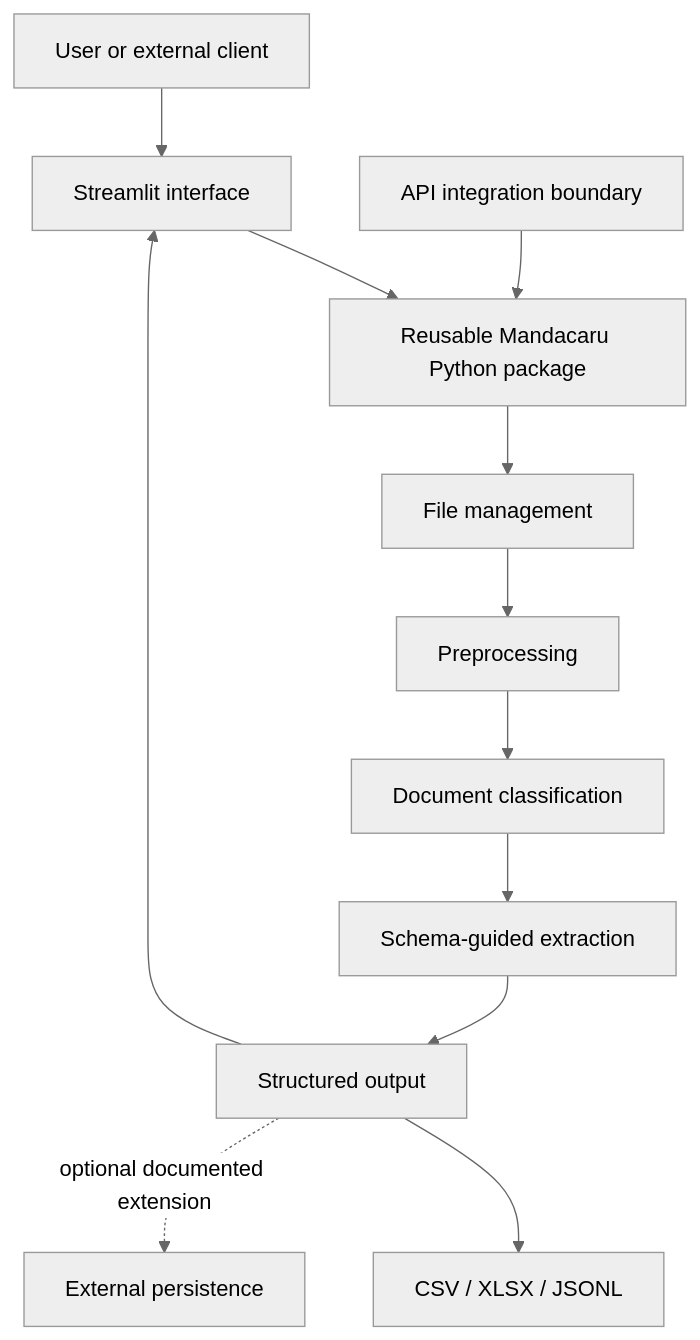
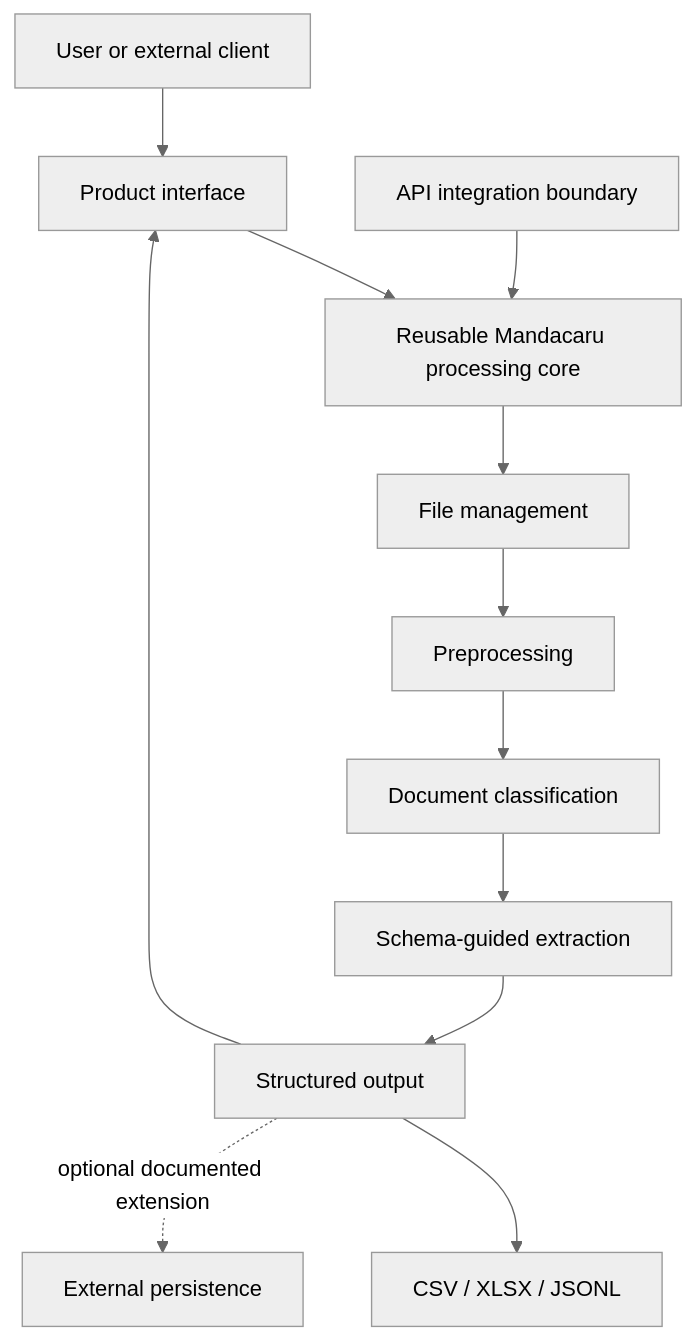
One commit to arielabade/mandacaru changed the third of 3 diagrams in README.md. Above: the diagram before and after it, drawn with Mermaid (neutral theme). The commit also changed other lines of this file and 5 other files, not shown here.

````diff
--- a/README.md
+++ b/README.md
@@ -140,14 +140,14 @@
 ```mermaid
 flowchart TB
-    U[User or external client] --> W[Streamlit interface]
-    W --> L[Reusable Mandacaru Python package]
+    U[User or external client] --> W[Product interface]
+    W --> L[Reusable Mandacaru processing core]
     A[API integration boundary] --> L
     L --> M[File management]
     M --> P[Preprocessing]
     P --> C[Document classification]
     C --> X[Schema-guided extraction]
     X --> O[Structured output]
     O --> W
     O --> E[CSV / XLSX / JSONL]
     O -. optional documented extension .-> DB[External persistence]
 ```
````
